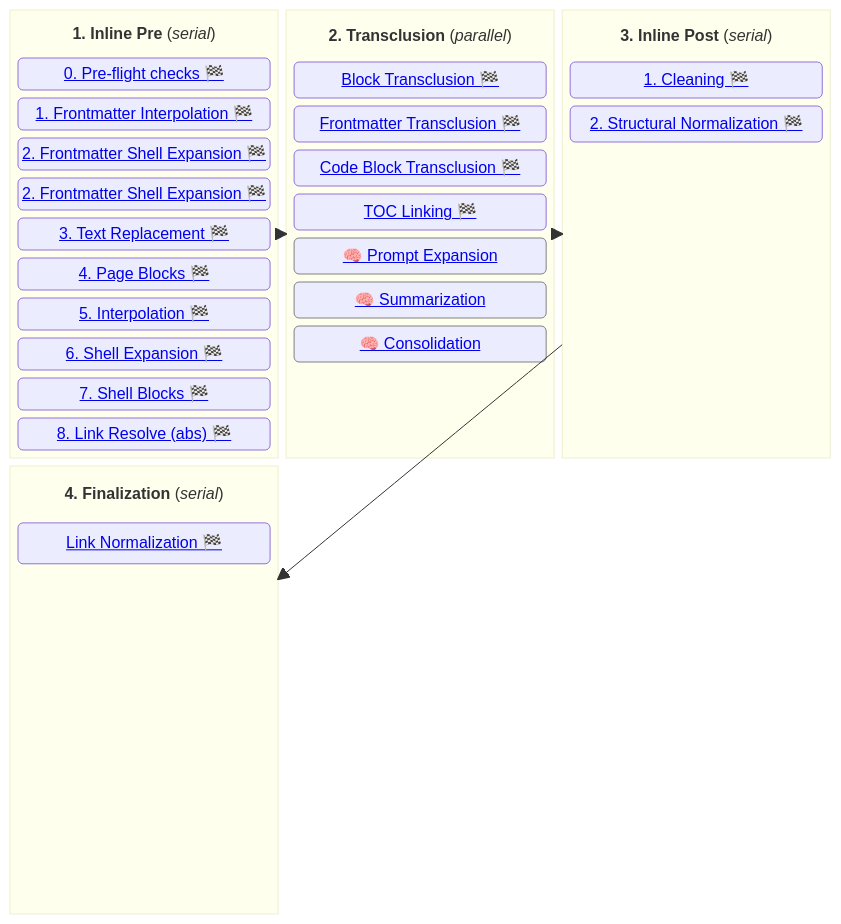
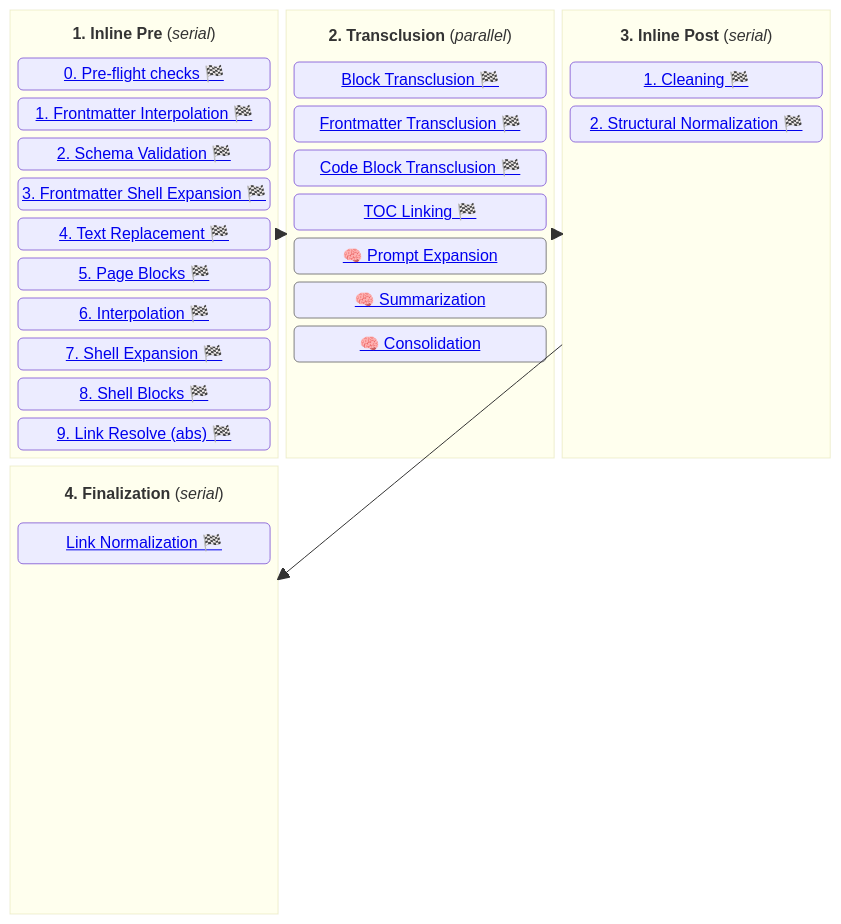
Before and after one commit to yankeeinlondon/rusty-biscuit: the first of 2 diagrams in darkmatter/docs/darkmatter-compose-pipeline.md, drawn with Mermaid.

Commit message:
docs(darkmatter): rename Shell Expansion step to Schema Validation in pipeline doc
- Rename 'Frontmatter Shell Expansion' to 'Schema Validation' in diagram and text
- Update step numbering from 2-8 to 2-9 to reflect pipeline reordering
- Update href links to point to new schema-validation.md file

````diff
--- a/darkmatter/docs/darkmatter-compose-pipeline.md
+++ b/darkmatter/docs/darkmatter-compose-pipeline.md
@@ -5,81 +5,81 @@
 ```mermaid
 block-beta
     columns 3
 
 
     block:pre
         columns 1
         preTitle["<b>1. Inline Pre</b> (<i>serial</i>)"]
         preFlightChecks("<a href='./inline/preflight-checks.md'>0. Pre-flight checks 🏁</a>")
         fmInterpolate("<a href='./inline/fm-interpolation.md'>1. Frontmatter Interpolation 🏁</a>")
-        schemaValidation("<a href='./topics/schema-validation.md'>2. Frontmatter Shell Expansion 🏁</a>")
-        shellExp("<a href='./inline/fm-shell-expansion.md'>2. Frontmatter Shell Expansion 🏁</a>")
-        textReplacement("<a href='./inline/text-replacement.md'>3. Text Replacement 🏁</a>")
-        pageBlocks("<a href='./inline/page-blocks.md'>4. Page Blocks 🏁</a>")
-        interpolation("<a href='./inline/interpolation.md'>5. Interpolation 🏁</a>")
-        shellExpansion("<a href='./inline/shell-expansion.md'>6. Shell Expansion 🏁</a>")
-        shellBlocks("<a href='./inline/shell-blocks.md'>7. Shell Blocks 🏁</a>")
-        linkResolve("<a href='./operations/link-resolve.md'>8. Link Resolve (abs) 🏁</a>")
+        schemaValidation("<a href='./inline/schema-validation.md'>2. Schema Validation 🏁</a>")
+        shellExp("<a href='./inline/fm-shell-expansion.md'>3. Frontmatter Shell Expansion 🏁</a>")
+        textReplacement("<a href='./inline/text-replacement.md'>4. Text Replacement 🏁</a>")
+        pageBlocks("<a href='./inline/page-blocks.md'>5. Page Blocks 🏁</a>")
+        interpolation("<a href='./inline/interpolation.md'>6. Interpolation 🏁</a>")
+        shellExpansion("<a href='./inline/shell-expansion.md'>7. Shell Expansion 🏁</a>")
+        shellBlocks("<a href='./inline/shell-blocks.md'>8. Shell Blocks 🏁</a>")
+        linkResolve("<a href='./operations/link-resolve.md'>9. Link Resolve (abs) 🏁</a>")
     end
 
     block:transclusion
         columns 1
         transTitle["<b>2. Transclusion</b> (<i>parallel</i>)"]
         blockTransclusion("<a href='./transclusion/block-transclusion.md'>Block Transclusion 🏁</a>")
         fmTransclusion("<a href='./transclusion/fm-transclusion.md'>Frontmatter Transclusion 🏁</a>")
         codeBlockTransclusion("<a href='./transclusion/code-transclusion.md'>Code Block Transclusion 🏁</a>")
         tocLinking("<a href='./inline/toc-linking.md'>TOC Linking 🏁</a>")
         promptExpansion("<a href='./transclusion/prompt-expansion.md'>🧠 Prompt Expansion</a>")
         summarization("<a href='./transclusion/summarization.md'>🧠 Summarization</a>")
         consolidation("<a href='./transclusion/consolidation.md'>🧠 Consolidation</a>")
 
         ts1[" "]
         ts2[" "]
     end
 
     block:post
         columns 1
         postTitle["<b>3. Inline Post</b> (<dim><i>serial</i></dim>)"]
         cleaning("<a href='./inline/cleaning.md'>1. Cleaning 🏁</a>")
         structural("<a href='./inline/structural-normalization.md'>2. Structural Normalization 🏁</a>")
 
         s1[" "]
         s2[" "]
         s3[" "]
         s4[" "]
         s5[" "]
         s6[" "]
         s7[" "]
     end
 
     block:final
         columns 1
         finalTitle["<b>4. Finalization</b> (<dim><i>serial</i></dim>)"]
         links("<a href='./operations/link-normalization.md'>Link Normalization 🏁</a>")
 
         fs1[" "]
         fs2[" "]
         fs3[" "]
         fs4[" "]
         fs5[" "]
         fs6[" "]
         fs7[" "]
     end
 
 
 
     pre --> transclusion
     transclusion --> post
     post --> final
 
     style preTitle fill:transparent,stroke:transparent
     style transTitle fill:transparent,stroke:transparent
     style postTitle fill:transparent,stroke:transparent
     style finalTitle fill:transparent,stroke:transparent
 
     classDef spacer fill:transparent,stroke:transparent,color:transparent
     class s1,s2,s3,s4,s5,s6,s7,ts1,ts2,fs1,fs2,fs3,fs4,fs5,fs6,fs7 spacer
 
     classDef notReady font-weight:100,font-family:sans-serif,stroke:gray
     class promptExpansion,summarization,consolidation notReady
 ```
````
